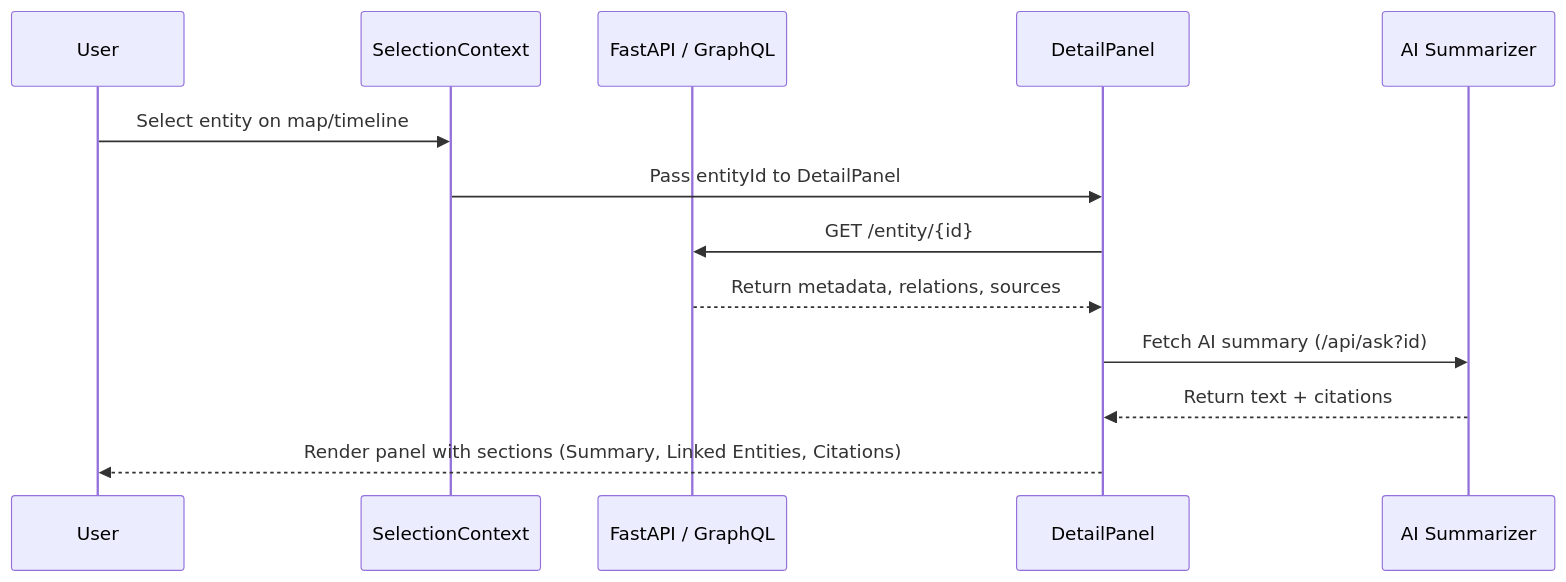
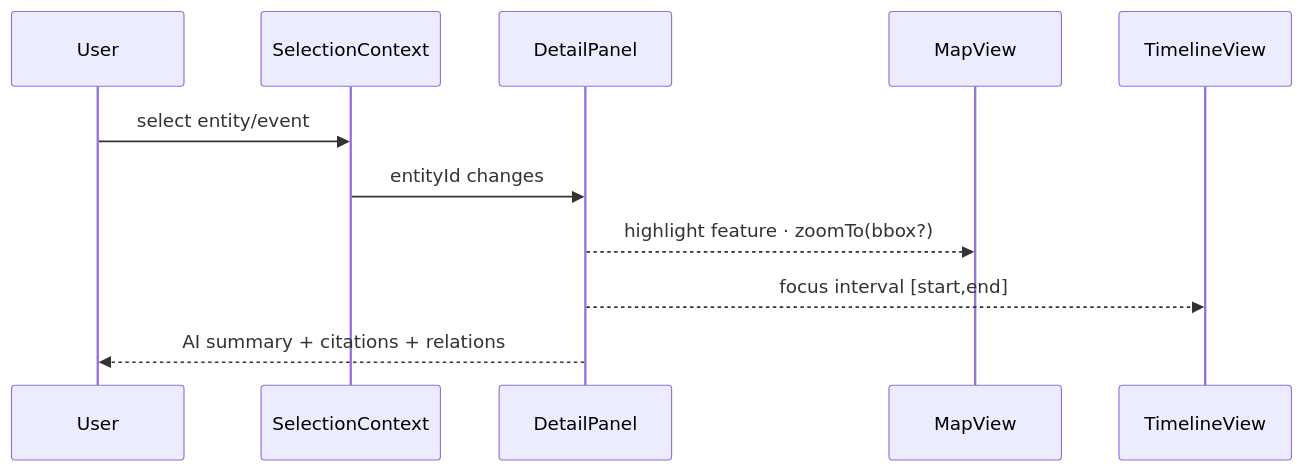
One commit to bartytime4life/Kansas-Frontier-Matrix changed the second of 2 diagrams in web/src/components/DetailPanel/README.md. Above: the diagram before and after it, drawn with Mermaid. The commit also changed other lines of this file, not shown here.

First line of the commit message:
Revise README for DetailPanel component

````diff
--- a/web/src/components/DetailPanel/README.md
+++ b/web/src/components/DetailPanel/README.md
@@ -155,17 +153,15 @@
 ```mermaid
 sequenceDiagram
   participant U as User
   participant S as SelectionContext
-  participant API as FastAPI / GraphQL
   participant D as DetailPanel
-  participant AI as AI Summarizer
+  participant M as MapView
+  participant T as TimelineView
 
-  U->>S: Select entity on map/timeline
-  S->>D: Pass entityId to DetailPanel
-  D->>API: GET /entity/{id}
-  API-->>D: Return metadata, relations, sources
-  D->>AI: Fetch AI summary (/api/ask?id)
-  AI-->>D: Return text + citations
-  D-->>U: Render panel with sections (Summary, Linked Entities, Citations)
+  U->>S: select entity/event
+  S->>D: entityId changes
+  D-->>M: highlight feature · zoomTo(bbox?)
+  D-->>T: focus interval [start,end]
+  D-->>U: AI summary + citations + relations
 %% END OF MERMAID
 ```
````
